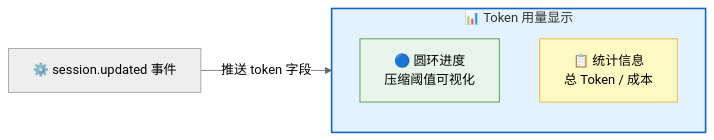
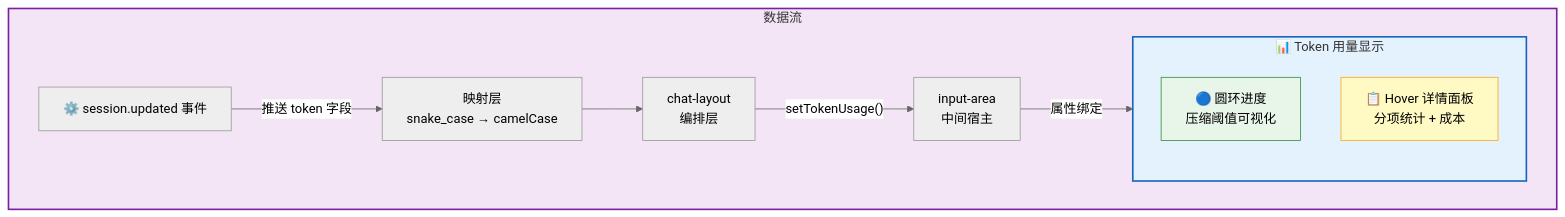
One commit to rtc-agent/docs changed the ninth of 9 diagrams in src/content/docs/features/messaging.md. Above: the diagram before and after it, drawn with Mermaid (neutral theme). The commit also changed other lines of this file and 35 other files, not shown here.

````diff
--- a/src/content/docs/features/messaging.md
+++ b/src/content/docs/features/messaging.md
@@ -325,13 +325,19 @@
 ```mermaid
-flowchart LR
+flowchart TD
     subgraph DISPLAY["📊 Token 用量显示"]
         RING["🔵 圆环进度<br/>压缩阈值可视化"]
-        INFO["📋 统计信息<br/>总 Token / 成本"]
+        TOOLTIP["📋 Hover 详情面板<br/>分项统计 + 成本"]
     end
 
-    Server["⚙️ session.updated 事件"] -->|"推送 token 字段"| DISPLAY
+    subgraph DATAFLOW["数据流"]
+        Server["⚙️ session.updated 事件"] -->|"推送 token 字段"| Mapping["映射层<br/>snake_case → camelCase"]
+        Mapping --> Layout["chat-layout<br/>编排层"]
+        Layout -->|"setTokenUsage()"| InputArea["input-area<br/>中间宿主"]
+        InputArea -->|"属性绑定"| DISPLAY
+    end
 
     style DISPLAY fill:#e3f2fd,stroke:#1565c0,stroke-width:2px
     style RING fill:#e8f5e9,stroke:#388e3c
-    style INFO fill:#fff9c4,stroke:#f9a825
+    style TOOLTIP fill:#fff9c4,stroke:#f9a825
+    style DATAFLOW fill:#f3e5f5,stroke:#7b1fa2,stroke-width:2px
 ```
````
